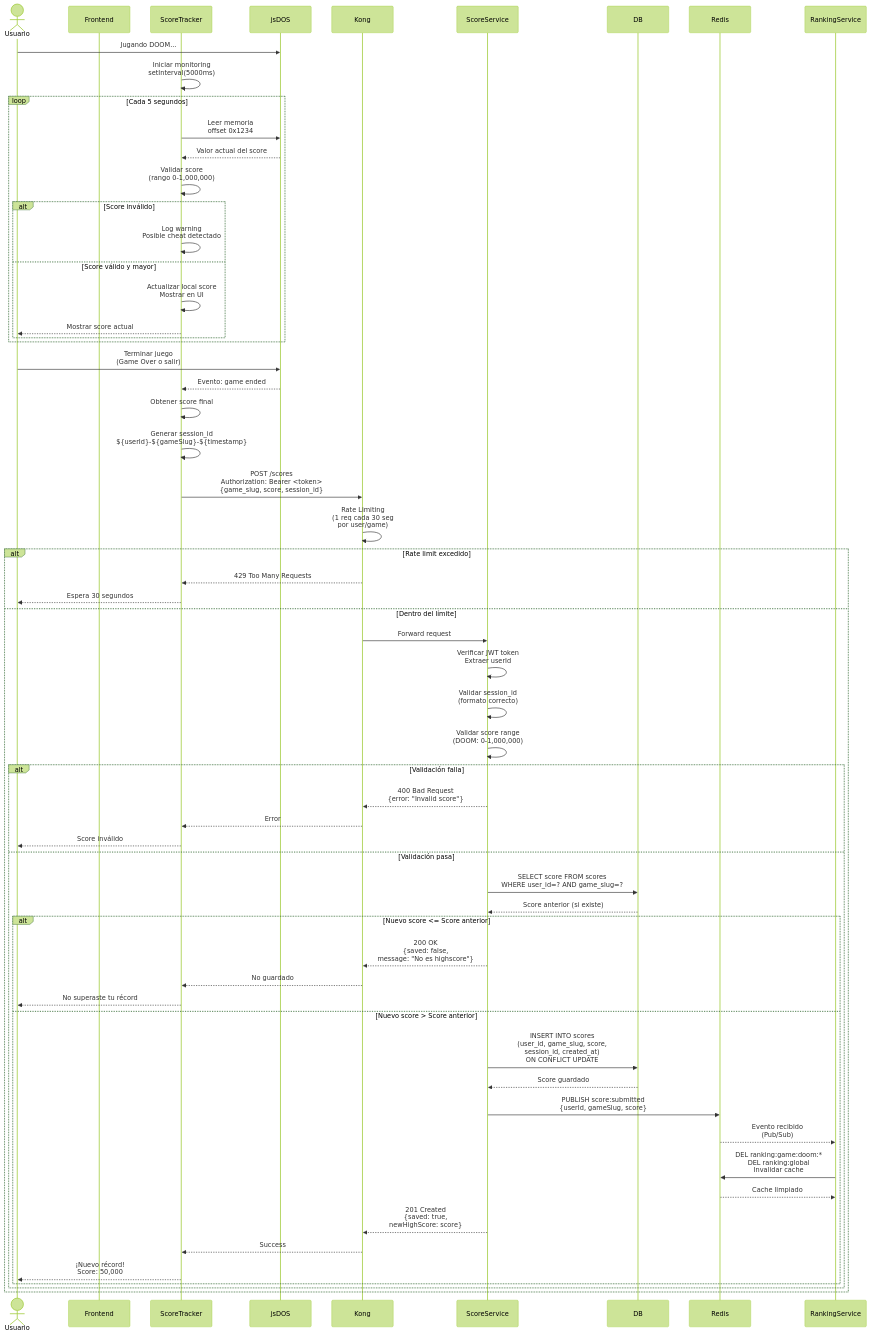
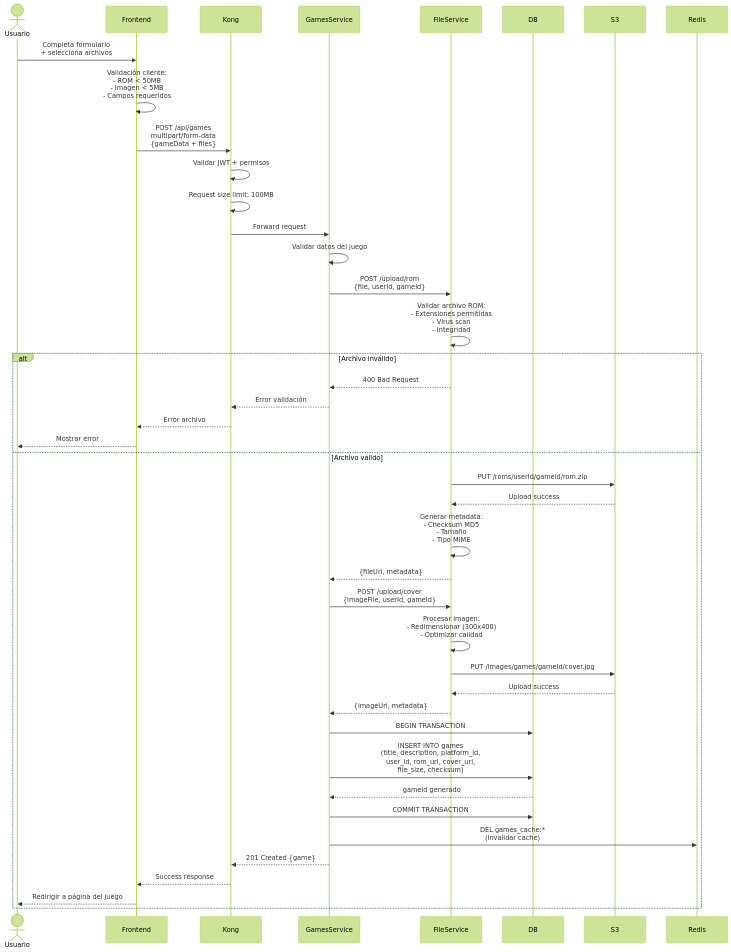
Before and after one commit to retrogamecloud/docs: the sixth of 8 diagrams in sequence-diagrams.mdx, drawn with Mermaid (forest theme). The commit also changed other lines of this file and 40 other files, not shown here.

````diff
--- a/sequence-diagrams.mdx
+++ b/sequence-diagrams.mdx
@@ -240,88 +280,59 @@
 sequenceDiagram
     actor Usuario
     participant Frontend
-    participant ScoreTracker
-    participant jsDOS
     participant Kong
-    participant ScoreService
+    participant GamesService
+    participant FileService
     participant DB
+    participant S3
     participant Redis
-    participant RankingService
 
-    Usuario->>jsDOS: Jugando DOOM...
+    Usuario->>Frontend: Completa formulario<br/>+ selecciona archivos
+    Frontend->>Frontend: Validación cliente:<br/>- ROM < 50MB<br/>- Imagen < 5MB<br/>- Campos requeridos
 
-    ScoreTracker->>ScoreTracker: Iniciar monitoring<br/>setInterval(5000ms)
+    Frontend->>Kong: POST /api/games<br/>multipart/form-data<br/>{gameData + files}
+    Kong->>Kong: Validar JWT + permisos
+    Kong->>Kong: Request size limit: 100MB
 
-    loop Cada 5 segundos
-        ScoreTracker->>jsDOS: Leer memoria<br/>offset 0x1234
-        jsDOS-->>ScoreTracker: Valor actual del score
+    Kong->>GamesService: Forward request
 
-        ScoreTracker->>ScoreTracker: Validar score<br/>(rango 0-1,000,000)
+    GamesService->>GamesService: Validar datos del juego
+    GamesService->>FileService: POST /upload/rom<br/>{file, userId, gameId}
 
-        alt Score inválido
-            ScoreTracker->>ScoreTracker: Log warning<br/>Posible cheat detectado
-        else Score válido y mayor
-            ScoreTracker->>ScoreTracker: Actualizar local score<br/>Mostrar en UI
-            ScoreTracker-->>Usuario: Mostrar score actual
-        end
+    FileService->>FileService: Validar archivo ROM:<br/>- Extensiones permitidas<br/>- Virus scan<br/>- Integridad
+
+    alt Archivo inválido
+        FileService-->>GamesService: 400 Bad Request
+        GamesService-->>Kong: Error validación
+        Kong-->>Frontend: Error archivo
+        Frontend-->>Usuario: Mostrar error
+    else Archivo válido
+        FileService->>S3: PUT /roms/userId/gameId/rom.zip
+        S3-->>FileService: Upload success
+
+        FileService->>FileService: Generar metadata:<br/>- Checksum MD5<br/>- Tamaño<br/>- Tipo MIME
+
+        FileService-->>GamesService: {fileUrl, metadata}
+
+        GamesService->>FileService: POST /upload/cover<br/>{imageFile, userId, gameId}
+
+        FileService->>FileService: Procesar imagen:<br/>- Redimensionar (300x400)<br/>- Optimizar calidad
+
+        FileService->>S3: PUT /images/games/gameId/cover.jpg
+        S3-->>FileService: Upload success
+
+        FileService-->>GamesService: {imageUrl, metadata}
+
+        GamesService->>DB: BEGIN TRANSACTION
+        GamesService->>DB: INSERT INTO games<br/>(title, description, platform_id,<br/>user_id, rom_url, cover_url,<br/>file_size, checksum)
+
+        DB-->>GamesService: gameId generado
+
+        GamesService->>DB: COMMIT TRANSACTION
+        GamesService->>Redis: DEL games_cache:*<br/>(Invalidar cache)
+
+        GamesService-->>Kong: 201 Created {game}
+        Kong-->>Frontend: Success response
+        Frontend-->>Usuario: Redirigir a página del juego
     end
-
-    Usuario->>jsDOS: Terminar juego<br/>(Game Over o salir)
-
-    jsDOS-->>ScoreTracker: Evento: game ended
-
-    ScoreTracker->>ScoreTracker: Obtener score final
-    ScoreTracker->>ScoreTracker: Generar session_id<br/>${userId}-${gameSlug}-${timestamp}
-
-    ScoreTracker->>Kong: POST /scores<br/>Authorization: Bearer <token><br/>{game_slug, score, session_id}
-
-    Kong->>Kong: Rate Limiting<br/>(1 req cada 30 seg<br/>por user/game)
-
-    alt Rate limit excedido
-        Kong-->>ScoreTracker: 429 Too Many Requests
-        ScoreTracker-->>Usuario: Espera 30 segundos
-    else Dentro del límite
-        Kong->>ScoreService: Forward request
-
-        ScoreService->>ScoreService: Verificar JWT token<br/>Extraer userId
-
-        ScoreService->>ScoreService: Validar session_id<br/>(formato correcto)
-
-        ScoreService->>ScoreService: Validar score range<br/>(DOOM: 0-1,000,000)
-
-        alt Validación falla
-            ScoreService-->>Kong: 400 Bad Request<br/>{error: "Invalid score"}
-            Kong-->>ScoreTracker: Error
-            ScoreTracker-->>Usuario: Score inválido
-        else Validación pasa
-            ScoreService->>DB: SELECT score FROM scores<br/>WHERE user_id=? AND game_slug=?
-
-            DB-->>ScoreService: Score anterior (si existe)
-
-            alt Nuevo score <= Score anterior
-                ScoreService-->>Kong: 200 OK<br/>{saved: false,<br/> message: "No es highscore"}
-                Kong-->>ScoreTracker: No guardado
-                ScoreTracker-->>Usuario: No superaste tu récord
-            else Nuevo score > Score anterior
-                ScoreService->>DB: INSERT INTO scores<br/>(user_id, game_slug, score,<br/> session_id, created_at)<br/>ON CONFLICT UPDATE
-
-                DB-->>ScoreService: Score guardado
-
-                ScoreService->>Redis: PUBLISH score:submitted<br/>{userId, gameSlug, score}
-
-                Redis-->>RankingService: Evento recibido<br/>(Pub/Sub)
-
-                RankingService->>Redis: DEL ranking:game:doom:*<br/>DEL ranking:global<br/>Invalidar cache
-
-                Redis-->>RankingService: Cache limpiado
-
-                ScoreService-->>Kong: 201 Created<br/>{saved: true,<br/> newHighScore: score}
-
-                Kong-->>ScoreTracker: Success
-
-                ScoreTracker-->>Usuario: ¡Nuevo récord!<br/>Score: 50,000
-            end
-        end
-    end
-
 ```
````
